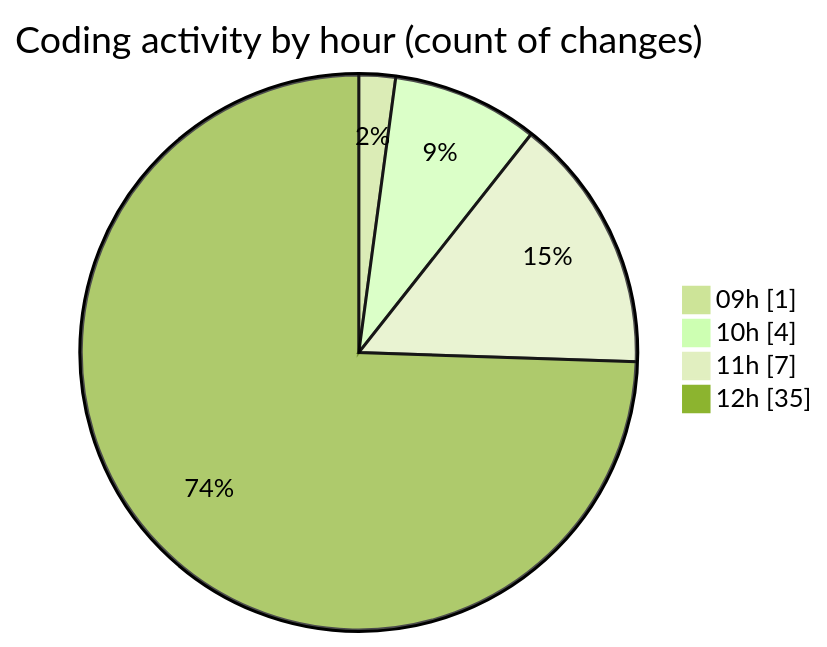
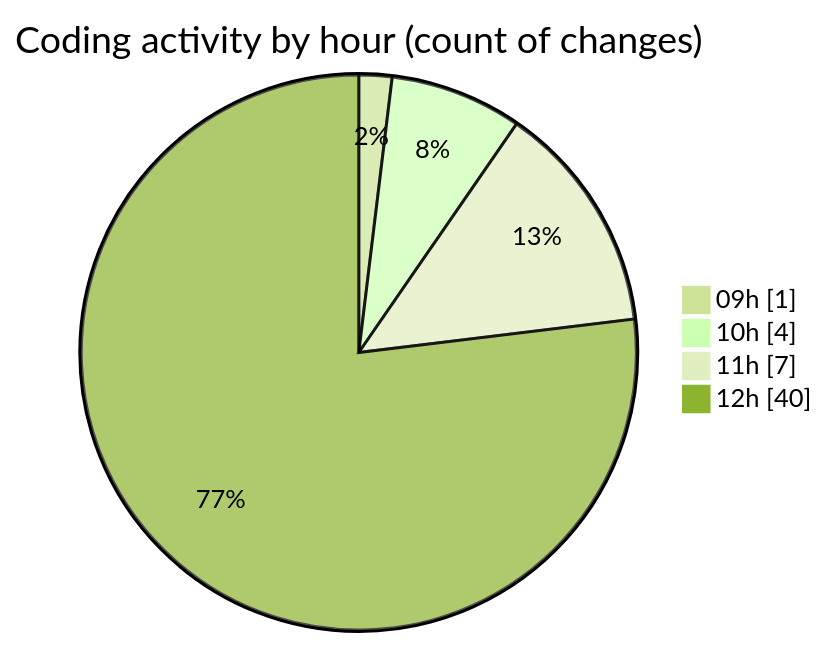
One commit to momahboobian/code-tracking changed the second of 2 diagrams in 2025-04-07/cda/README.md. Above: the diagram before and after it, drawn with Mermaid (forest theme). The commit also changed other lines of this file and 1 other file, not shown here.

````diff
--- a/2025-04-07/cda/README.md
+++ b/2025-04-07/cda/README.md
@@ -34,8 +35,8 @@
 ```mermaid
 pie showData
 title Coding activity by hour (count of changes)
 "09h" : 1
 "10h" : 4
 "11h" : 7
-"12h" : 35
+"12h" : 40
 ```
````
